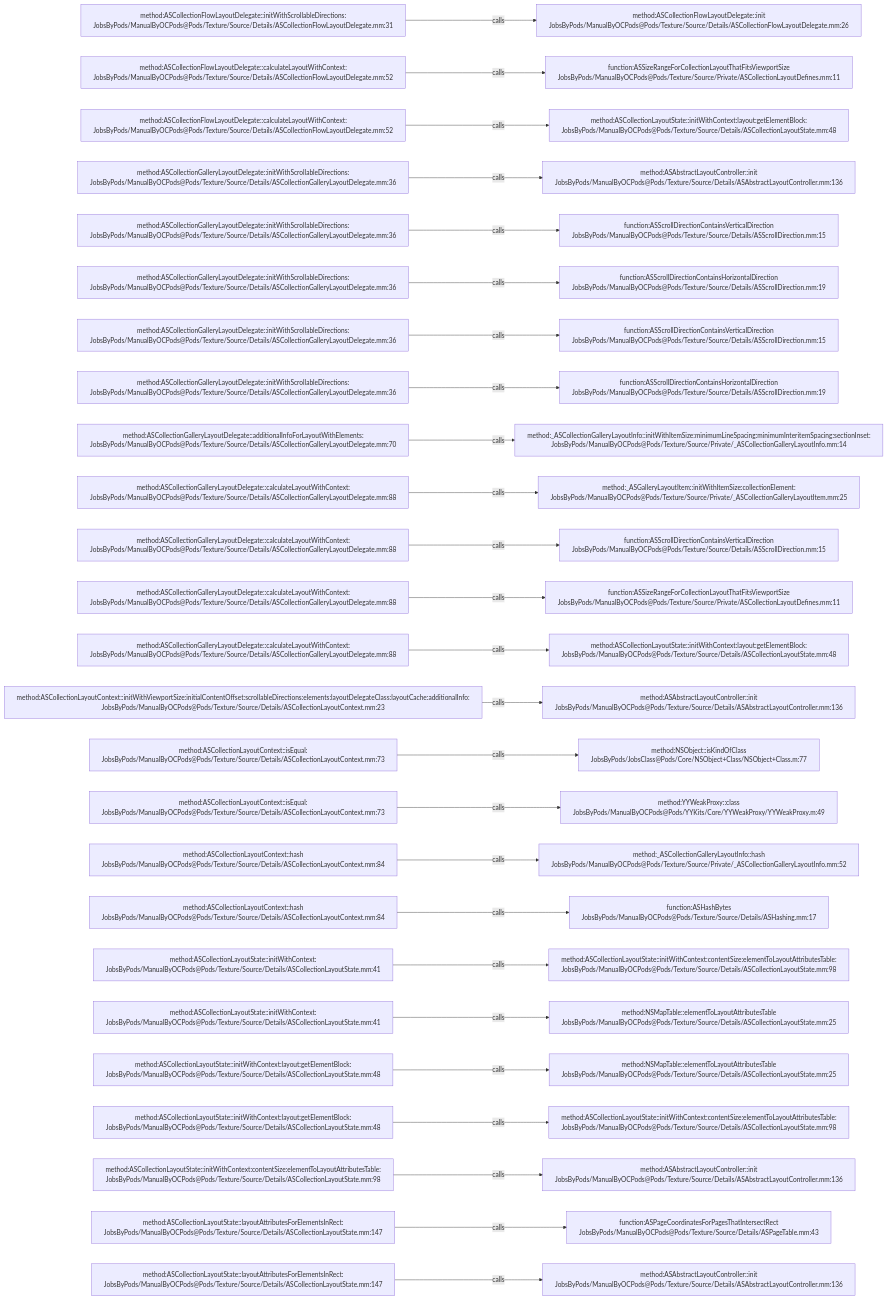
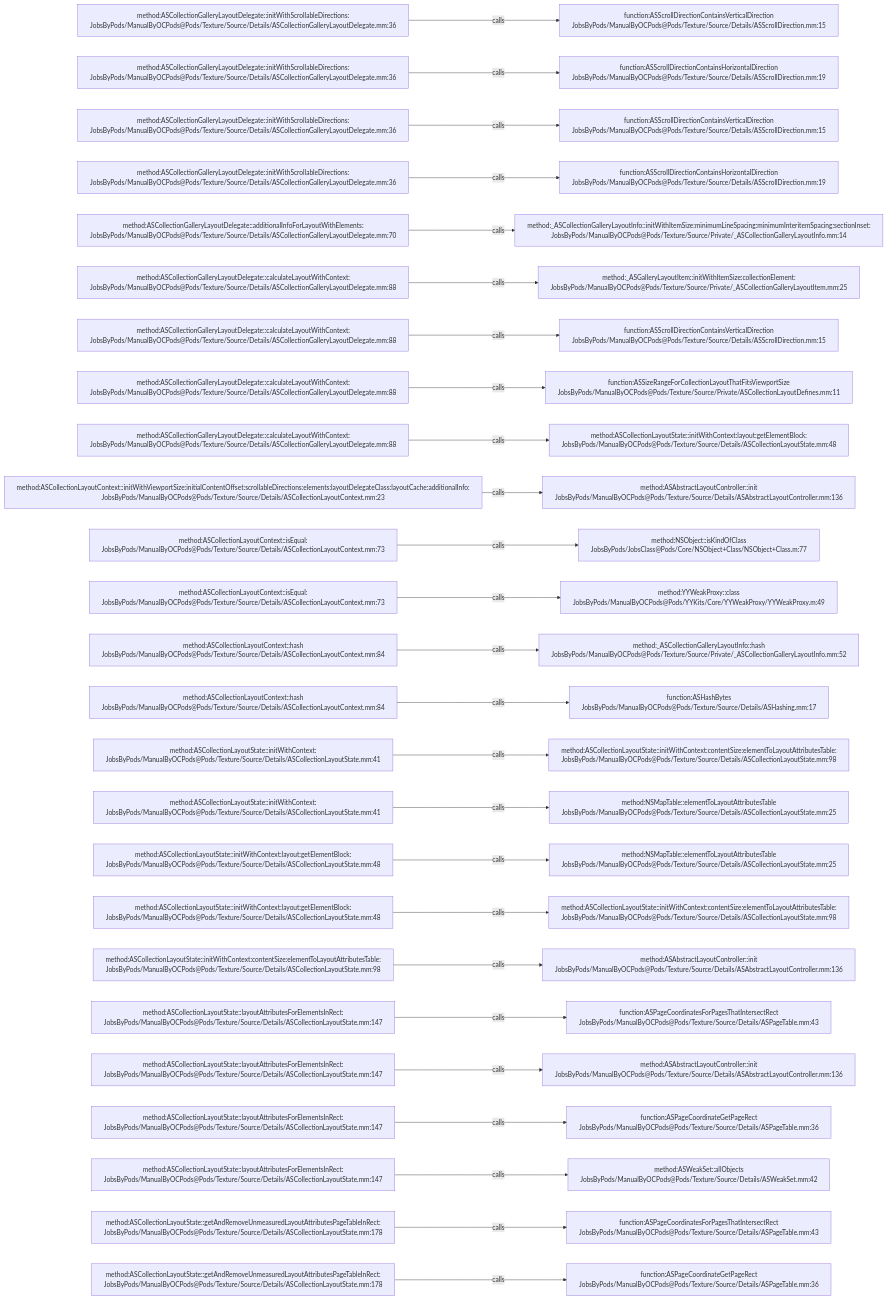
The diagram in .codegraph/codegraph.md/graphs/calls-150.md (JobsKits/JobsOCBaseConfigDemo), drawn with Mermaid before and after one commit. The commit also changed 727 other files, not shown here.

````diff
--- a/.codegraph/codegraph.md/graphs/calls-150.md
+++ b/.codegraph/codegraph.md/graphs/calls-150.md
@@ -13,78 +13,78 @@
 ```mermaid
 flowchart LR
-  S1["method:ASCollectionFlowLayoutDelegate::initWithScrollableDirections:<br/>JobsByPods/ManualByOCPods@Pods/Texture/Source/Details/ASCollectionFlowLayoutDelegate.mm:31"]
-  T1["method:ASCollectionFlowLayoutDelegate::init<br/>JobsByPods/ManualByOCPods@Pods/Texture/Source/Details/ASCollectionFlowLayoutDelegate.mm:26"]
+  S1["method:ASCollectionGalleryLayoutDelegate::initWithScrollableDirections:<br/>JobsByPods/ManualByOCPods@Pods/Texture/Source/Details/ASCollectionGalleryLayoutDelegate.mm:36"]
+  T1["function:ASScrollDirectionContainsVerticalDirection<br/>JobsByPods/ManualByOCPods@Pods/Texture/Source/Details/ASScrollDirection.mm:15"]
   S1 -->|calls| T1
-  S2["method:ASCollectionFlowLayoutDelegate::calculateLayoutWithContext:<br/>JobsByPods/ManualByOCPods@Pods/Texture/Source/Details/ASCollectionFlowLayoutDelegate.mm:52"]
-  T2["function:ASSizeRangeForCollectionLayoutThatFitsViewportSize<br/>JobsByPods/ManualByOCPods@Pods/Texture/Source/Private/ASCollectionLayoutDefines.mm:11"]
+  S2["method:ASCollectionGalleryLayoutDelegate::initWithScrollableDirections:<br/>JobsByPods/ManualByOCPods@Pods/Texture/Source/Details/ASCollectionGalleryLayoutDelegate.mm:36"]
+  T2["function:ASScrollDirectionContainsHorizontalDirection<br/>JobsByPods/ManualByOCPods@Pods/Texture/Source/Details/ASScrollDirection.mm:19"]
   S2 -->|calls| T2
-  S3["method:ASCollectionFlowLayoutDelegate::calculateLayoutWithContext:<br/>JobsByPods/ManualByOCPods@Pods/Texture/Source/Details/ASCollectionFlowLayoutDelegate.mm:52"]
-  T3["method:ASCollectionLayoutState::initWithContext:layout:getElementBlock:<br/>JobsByPods/ManualByOCPods@Pods/Texture/Source/Details/ASCollectionLayoutState.mm:48"]
+  S3["method:ASCollectionGalleryLayoutDelegate::initWithScrollableDirections:<br/>JobsByPods/ManualByOCPods@Pods/Texture/Source/Details/ASCollectionGalleryLayoutDelegate.mm:36"]
+  T3["function:ASScrollDirectionContainsVerticalDirection<br/>JobsByPods/ManualByOCPods@Pods/Texture/Source/Details/ASScrollDirection.mm:15"]
   S3 -->|calls| T3
   S4["method:ASCollectionGalleryLayoutDelegate::initWithScrollableDirections:<br/>JobsByPods/ManualByOCPods@Pods/Texture/Source/Details/ASCollectionGalleryLayoutDelegate.mm:36"]
-  T4["method:ASAbstractLayoutController::init<br/>JobsByPods/ManualByOCPods@Pods/Texture/Source/Details/ASAbstractLayoutController.mm:136"]
+  T4["function:ASScrollDirectionContainsHorizontalDirection<br/>JobsByPods/ManualByOCPods@Pods/Texture/Source/Details/ASScrollDirection.mm:19"]
   S4 -->|calls| T4
-  S5["method:ASCollectionGalleryLayoutDelegate::initWithScrollableDirections:<br/>JobsByPods/ManualByOCPods@Pods/Texture/Source/Details/ASCollectionGalleryLayoutDelegate.mm:36"]
-  T5["function:ASScrollDirectionContainsVerticalDirection<br/>JobsByPods/ManualByOCPods@Pods/Texture/Source/Details/ASScrollDirection.mm:15"]
+  S5["method:ASCollectionGalleryLayoutDelegate::additionalInfoForLayoutWithElements:<br/>JobsByPods/ManualByOCPods@Pods/Texture/Source/Details/ASCollectionGalleryLayoutDelegate.mm:70"]
+  T5["method:_ASCollectionGalleryLayoutInfo::initWithItemSize:minimumLineSpacing:minimumInteritemSpacing:sectionInset:<br/>JobsByPods/ManualByOCPods@Pods/Texture/Source/Private/_ASCollectionGalleryLayoutInfo.mm:14"]
   S5 -->|calls| T5
-  S6["method:ASCollectionGalleryLayoutDelegate::initWithScrollableDirections:<br/>JobsByPods/ManualByOCPods@Pods/Texture/Source/Details/ASCollectionGalleryLayoutDelegate.mm:36"]
-  T6["function:ASScrollDirectionContainsHorizontalDirection<br/>JobsByPods/ManualByOCPods@Pods/Texture/Source/Details/ASScrollDirection.mm:19"]
+  S6["method:ASCollectionGalleryLayoutDelegate::calculateLayoutWithContext:<br/>JobsByPods/ManualByOCPods@Pods/Texture/Source/Details/ASCollectionGalleryLayoutDelegate.mm:88"]
+  T6["method:_ASGalleryLayoutItem::initWithItemSize:collectionElement:<br/>JobsByPods/ManualByOCPods@Pods/Texture/Source/Private/_ASCollectionGalleryLayoutItem.mm:25"]
   S6 -->|calls| T6
-  S7["method:ASCollectionGalleryLayoutDelegate::initWithScrollableDirections:<br/>JobsByPods/ManualByOCPods@Pods/Texture/Source/Details/ASCollectionGalleryLayoutDelegate.mm:36"]
+  S7["method:ASCollectionGalleryLayoutDelegate::calculateLayoutWithContext:<br/>JobsByPods/ManualByOCPods@Pods/Texture/Source/Details/ASCollectionGalleryLayoutDelegate.mm:88"]
   T7["function:ASScrollDirectionContainsVerticalDirection<br/>JobsByPods/ManualByOCPods@Pods/Texture/Source/Details/ASScrollDirection.mm:15"]
   S7 -->|calls| T7
-  S8["method:ASCollectionGalleryLayoutDelegate::initWithScrollableDirections:<br/>JobsByPods/ManualByOCPods@Pods/Texture/Source/Details/ASCollectionGalleryLayoutDelegate.mm:36"]
-  T8["function:ASScrollDirectionContainsHorizontalDirection<br/>JobsByPods/ManualByOCPods@Pods/Texture/Source/Details/ASScrollDirection.mm:19"]
+  S8["method:ASCollectionGalleryLayoutDelegate::calculateLayoutWithContext:<br/>JobsByPods/ManualByOCPods@Pods/Texture/Source/Details/ASCollectionGalleryLayoutDelegate.mm:88"]
+  T8["function:ASSizeRangeForCollectionLayoutThatFitsViewportSize<br/>JobsByPods/ManualByOCPods@Pods/Texture/Source/Private/ASCollectionLayoutDefines.mm:11"]
   S8 -->|calls| T8
-  S9["method:ASCollectionGalleryLayoutDelegate::additionalInfoForLayoutWithElements:<br/>JobsByPods/ManualByOCPods@Pods/Texture/Source/Details/ASCollectionGalleryLayoutDelegate.mm:70"]
-  T9["method:_ASCollectionGalleryLayoutInfo::initWithItemSize:minimumLineSpacing:minimumInteritemSpacing:sectionInset:<br/>JobsByPods/ManualByOCPods@Pods/Texture/Source/Private/_ASCollectionGalleryLayoutInfo.mm:14"]
+  S9["method:ASCollectionGalleryLayoutDelegate::calculateLayoutWithContext:<br/>JobsByPods/ManualByOCPods@Pods/Texture/Source/Details/ASCollectionGalleryLayoutDelegate.mm:88"]
+  T9["method:ASCollectionLayoutState::initWithContext:layout:getElementBlock:<br/>JobsByPods/ManualByOCPods@Pods/Texture/Source/Details/ASCollectionLayoutState.mm:48"]
   S9 -->|calls| T9
-  S10["method:ASCollectionGalleryLayoutDelegate::calculateLayoutWithContext:<br/>JobsByPods/ManualByOCPods@Pods/Texture/Source/Details/ASCollectionGalleryLayoutDelegate.mm:88"]
-  T10["method:_ASGalleryLayoutItem::initWithItemSize:collectionElement:<br/>JobsByPods/ManualByOCPods@Pods/Texture/Source/Private/_ASCollectionGalleryLayoutItem.mm:25"]
+  S10["method:ASCollectionLayoutContext::initWithViewportSize:initialContentOffset:scrollableDirections:elements:layoutDelegateClass:layoutCache:additionalInfo:<br/>JobsByPods/ManualByOCPods@Pods/Texture/Source/Details/ASCollectionLayoutContext.mm:23"]
+  T10["method:ASAbstractLayoutController::init<br/>JobsByPods/ManualByOCPods@Pods/Texture/Source/Details/ASAbstractLayoutController.mm:136"]
   S10 -->|calls| T10
-  S11["method:ASCollectionGalleryLayoutDelegate::calculateLayoutWithContext:<br/>JobsByPods/ManualByOCPods@Pods/Texture/Source/Details/ASCollectionGalleryLayoutDelegate.mm:88"]
-  T11["function:ASScrollDirectionContainsVerticalDirection<br/>JobsByPods/ManualByOCPods@Pods/Texture/Source/Details/ASScrollDirection.mm:15"]
+  S11["method:ASCollectionLayoutContext::isEqual:<br/>JobsByPods/ManualByOCPods@Pods/Texture/Source/Details/ASCollectionLayoutContext.mm:73"]
+  T11["method:NSObject::isKindOfClass<br/>JobsByPods/JobsClass@Pods/Core/NSObject+Class/NSObject+Class.m:77"]
   S11 -->|calls| T11
-  S12["method:ASCollectionGalleryLayoutDelegate::calculateLayoutWithContext:<br/>JobsByPods/ManualByOCPods@Pods/Texture/Source/Details/ASCollectionGalleryLayoutDelegate.mm:88"]
-  T12["function:ASSizeRangeForCollectionLayoutThatFitsViewportSize<br/>JobsByPods/ManualByOCPods@Pods/Texture/Source/Private/ASCollectionLayoutDefines.mm:11"]
+  S12["method:ASCollectionLayoutContext::isEqual:<br/>JobsByPods/ManualByOCPods@Pods/Texture/Source/Details/ASCollectionLayoutContext.mm:73"]
+  T12["method:YYWeakProxy::class<br/>JobsByPods/ManualByOCPods@Pods/YYKits/Core/YYWeakProxy/YYWeakProxy.m:49"]
   S12 -->|calls| T12
-  S13["method:ASCollectionGalleryLayoutDelegate::calculateLayoutWithContext:<br/>JobsByPods/ManualByOCPods@Pods/Texture/Source/Details/ASCollectionGalleryLayoutDelegate.mm:88"]
-  T13["method:ASCollectionLayoutState::initWithContext:layout:getElementBlock:<br/>JobsByPods/ManualByOCPods@Pods/Texture/Source/Details/ASCollectionLayoutState.mm:48"]
+  S13["method:ASCollectionLayoutContext::hash<br/>JobsByPods/ManualByOCPods@Pods/Texture/Source/Details/ASCollectionLayoutContext.mm:84"]
+  T13["method:_ASCollectionGalleryLayoutInfo::hash<br/>JobsByPods/ManualByOCPods@Pods/Texture/Source/Private/_ASCollectionGalleryLayoutInfo.mm:52"]
   S13 -->|calls| T13
-  S14["method:ASCollectionLayoutContext::initWithViewportSize:initialContentOffset:scrollableDirections:elements:layoutDelegateClass:layoutCache:additionalInfo:<br/>JobsByPods/ManualByOCPods@Pods/Texture/Source/Details/ASCollectionLayoutContext.mm:23"]
-  T14["method:ASAbstractLayoutController::init<br/>JobsByPods/ManualByOCPods@Pods/Texture/Source/Details/ASAbstractLayoutController.mm:136"]
+  S14["method:ASCollectionLayoutContext::hash<br/>JobsByPods/ManualByOCPods@Pods/Texture/Source/Details/ASCollectionLayoutContext.mm:84"]
+  T14["function:ASHashBytes<br/>JobsByPods/ManualByOCPods@Pods/Texture/Source/Details/ASHashing.mm:17"]
   S14 -->|calls| T14
-  S15["method:ASCollectionLayoutContext::isEqual:<br/>JobsByPods/ManualByOCPods@Pods/Texture/Source/Details/ASCollectionLayoutContext.mm:73"]
-  T15["method:NSObject::isKindOfClass<br/>JobsByPods/JobsClass@Pods/Core/NSObject+Class/NSObject+Class.m:77"]
+  S15["method:ASCollectionLayoutState::initWithContext:<br/>JobsByPods/ManualByOCPods@Pods/Texture/Source/Details/ASCollectionLayoutState.mm:41"]
+  T15["method:ASCollectionLayoutState::initWithContext:contentSize:elementToLayoutAttributesTable:<br/>JobsByPods/ManualByOCPods@Pods/Texture/Source/Details/ASCollectionLayoutState.mm:98"]
   S15 -->|calls| T15
-  S16["method:ASCollectionLayoutContext::isEqual:<br/>JobsByPods/ManualByOCPods@Pods/Texture/Source/Details/ASCollectionLayoutContext.mm:73"]
-  T16["method:YYWeakProxy::class<br/>JobsByPods/ManualByOCPods@Pods/YYKits/Core/YYWeakProxy/YYWeakProxy.m:49"]
+  S16["method:ASCollectionLayoutState::initWithContext:<br/>JobsByPods/ManualByOCPods@Pods/Texture/Source/Details/ASCollectionLayoutState.mm:41"]
+  T16["method:NSMapTable::elementToLayoutAttributesTable<br/>JobsByPods/ManualByOCPods@Pods/Texture/Source/Details/ASCollectionLayoutState.mm:25"]
   S16 -->|calls| T16
-  S17["method:ASCollectionLayoutContext::hash<br/>JobsByPods/ManualByOCPods@Pods/Texture/Source/Details/ASCollectionLayoutContext.mm:84"]
-  T17["method:_ASCollectionGalleryLayoutInfo::hash<br/>JobsByPods/ManualByOCPods@Pods/Texture/Source/Private/_ASCollectionGalleryLayoutInfo.mm:52"]
+  S17["method:ASCollectionLayoutState::initWithContext:layout:getElementBlock:<br/>JobsByPods/ManualByOCPods@Pods/Texture/Source/Details/ASCollectionLayoutState.mm:48"]
+  T17["method:NSMapTable::elementToLayoutAttributesTable<br/>JobsByPods/ManualByOCPods@Pods/Texture/Source/Details/ASCollectionLayoutState.mm:25"]
   S17 -->|calls| T17
-  S18["method:ASCollectionLayoutContext::hash<br/>JobsByPods/ManualByOCPods@Pods/Texture/Source/Details/ASCollectionLayoutContext.mm:84"]
-  T18["function:ASHashBytes<br/>JobsByPods/ManualByOCPods@Pods/Texture/Source/Details/ASHashing.mm:17"]
+  S18["method:ASCollectionLayoutState::initWithContext:layout:getElementBlock:<br/>JobsByPods/ManualByOCPods@Pods/Texture/Source/Details/ASCollectionLayoutState.mm:48"]
+  T18["method:ASCollectionLayoutState::initWithContext:contentSize:elementToLayoutAttributesTable:<br/>JobsByPods/ManualByOCPods@Pods/Texture/Source/Details/ASCollectionLayoutState.mm:98"]
   S18 -->|calls| T18
-  S19["method:ASCollectionLayoutState::initWithContext:<br/>JobsByPods/ManualByOCPods@Pods/Texture/Source/Details/ASCollectionLayoutState.mm:41"]
-  T19["method:ASCollectionLayoutState::initWithContext:contentSize:elementToLayoutAttributesTable:<br/>JobsByPods/ManualByOCPods@Pods/Texture/Source/Details/ASCollectionLayoutState.mm:98"]
+  S19["method:ASCollectionLayoutState::initWithContext:contentSize:elementToLayoutAttributesTable:<br/>JobsByPods/ManualByOCPods@Pods/Texture/Source/Details/ASCollectionLayoutState.mm:98"]
+  T19["method:ASAbstractLayoutController::init<br/>JobsByPods/ManualByOCPods@Pods/Texture/Source/Details/ASAbstractLayoutController.mm:136"]
   S19 -->|calls| T19
-  S20["method:ASCollectionLayoutState::initWithContext:<br/>JobsByPods/ManualByOCPods@Pods/Texture/Source/Details/ASCollectionLayoutState.mm:41"]
-  T20["method:NSMapTable::elementToLayoutAttributesTable<br/>JobsByPods/ManualByOCPods@Pods/Texture/Source/Details/ASCollectionLayoutState.mm:25"]
+  S20["method:ASCollectionLayoutState::layoutAttributesForElementsInRect:<br/>JobsByPods/ManualByOCPods@Pods/Texture/Source/Details/ASCollectionLayoutState.mm:147"]
+  T20["function:ASPageCoordinatesForPagesThatIntersectRect<br/>JobsByPods/ManualByOCPods@Pods/Texture/Source/Details/ASPageTable.mm:43"]
   S20 -->|calls| T20
-  S21["method:ASCollectionLayoutState::initWithContext:layout:getElementBlock:<br/>JobsByPods/ManualByOCPods@Pods/Texture/Source/Details/ASCollectionLayoutState.mm:48"]
-  T21["method:NSMapTable::elementToLayoutAttributesTable<br/>JobsByPods/ManualByOCPods@Pods/Texture/Source/Details/ASCollectionLayoutState.mm:25"]
+  S21["method:ASCollectionLayoutState::layoutAttributesForElementsInRect:<br/>JobsByPods/ManualByOCPods@Pods/Texture/Source/Details/ASCollectionLayoutState.mm:147"]
+  T21["method:ASAbstractLayoutController::init<br/>JobsByPods/ManualByOCPods@Pods/Texture/Source/Details/ASAbstractLayoutController.mm:136"]
   S21 -->|calls| T21
-  S22["method:ASCollectionLayoutState::initWithContext:layout:getElementBlock:<br/>JobsByPods/ManualByOCPods@Pods/Texture/Source/Details/ASCollectionLayoutState.mm:48"]
-  T22["method:ASCollectionLayoutState::initWithContext:contentSize:elementToLayoutAttributesTable:<br/>JobsByPods/ManualByOCPods@Pods/Texture/Source/Details/ASCollectionLayoutState.mm:98"]
+  S22["method:ASCollectionLayoutState::layoutAttributesForElementsInRect:<br/>JobsByPods/ManualByOCPods@Pods/Texture/Source/Details/ASCollectionLayoutState.mm:147"]
+  T22["function:ASPageCoordinateGetPageRect<br/>JobsByPods/ManualByOCPods@Pods/Texture/Source/Details/ASPageTable.mm:36"]
   S22 -->|calls| T22
-  S23["method:ASCollectionLayoutState::initWithContext:contentSize:elementToLayoutAttributesTable:<br/>JobsByPods/ManualByOCPods@Pods/Texture/Source/Details/ASCollectionLayoutState.mm:98"]
-  T23["method:ASAbstractLayoutController::init<br/>JobsByPods/ManualByOCPods@Pods/Texture/Source/Details/ASAbstractLayoutController.mm:136"]
+  S23["method:ASCollectionLayoutState::layoutAttributesForElementsInRect:<br/>JobsByPods/ManualByOCPods@Pods/Texture/Source/Details/ASCollectionLayoutState.mm:147"]
+  T23["method:ASWeakSet::allObjects<br/>JobsByPods/ManualByOCPods@Pods/Texture/Source/Details/ASWeakSet.mm:42"]
   S23 -->|calls| T23
-  S24["method:ASCollectionLayoutState::layoutAttributesForElementsInRect:<br/>JobsByPods/ManualByOCPods@Pods/Texture/Source/Details/ASCollectionLayoutState.mm:147"]
+  S24["method:ASCollectionLayoutState::getAndRemoveUnmeasuredLayoutAttributesPageTableInRect:<br/>JobsByPods/ManualByOCPods@Pods/Texture/Source/Details/ASCollectionLayoutState.mm:178"]
   T24["function:ASPageCoordinatesForPagesThatIntersectRect<br/>JobsByPods/ManualByOCPods@Pods/Texture/Source/Details/ASPageTable.mm:43"]
   S24 -->|calls| T24
-  S25["method:ASCollectionLayoutState::layoutAttributesForElementsInRect:<br/>JobsByPods/ManualByOCPods@Pods/Texture/Source/Details/ASCollectionLayoutState.mm:147"]
-  T25["method:ASAbstractLayoutController::init<br/>JobsByPods/ManualByOCPods@Pods/Texture/Source/Details/ASAbstractLayoutController.mm:136"]
+  S25["method:ASCollectionLayoutState::getAndRemoveUnmeasuredLayoutAttributesPageTableInRect:<br/>JobsByPods/ManualByOCPods@Pods/Texture/Source/Details/ASCollectionLayoutState.mm:178"]
+  T25["function:ASPageCoordinateGetPageRect<br/>JobsByPods/ManualByOCPods@Pods/Texture/Source/Details/ASPageTable.mm:36"]
   S25 -->|calls| T25
 ```
````
